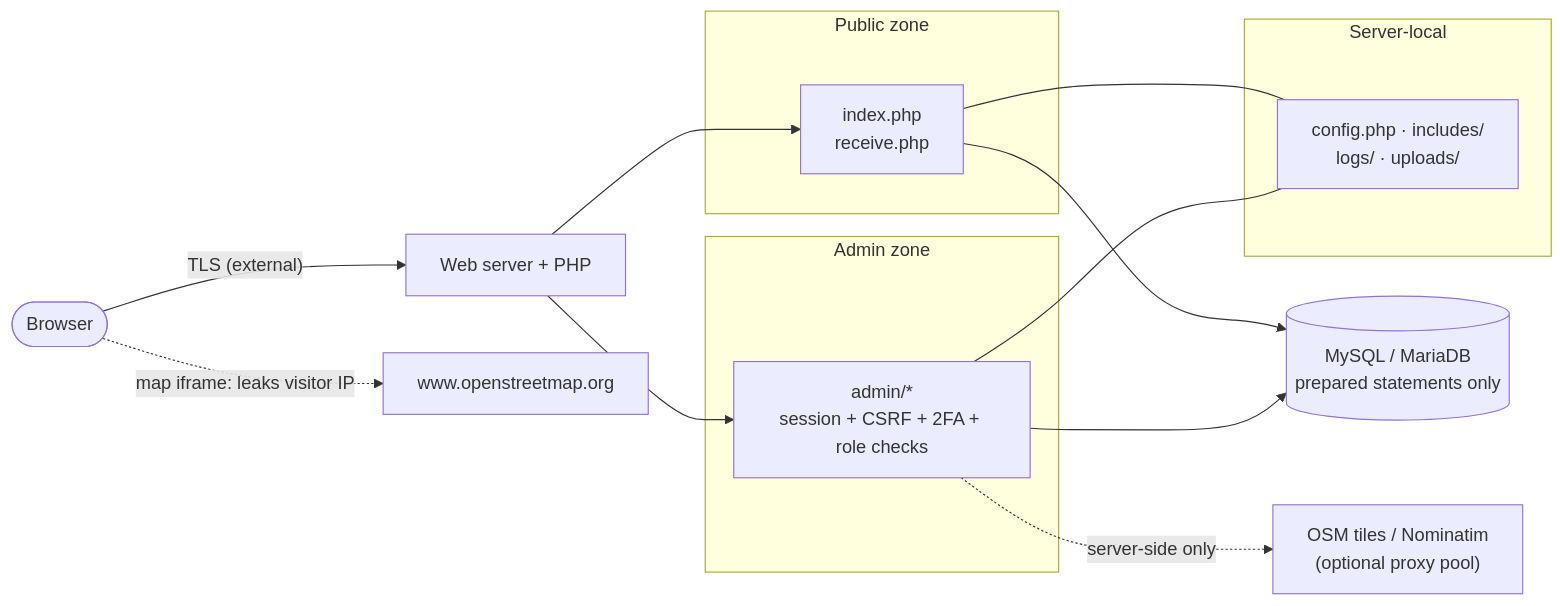
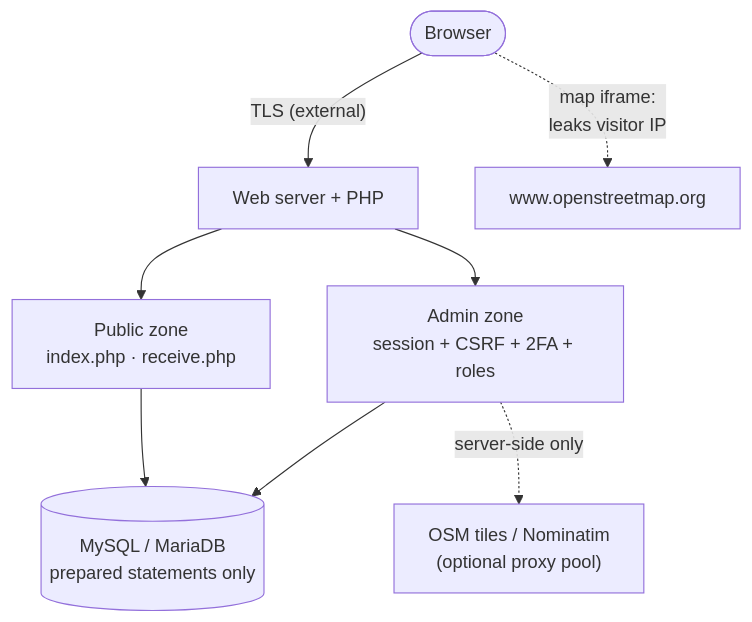
The third of 3 diagrams in README.md (kilerdevs/DeadDropMGMT), drawn with Mermaid before and after one commit. The commit also changed other lines of this file, not shown here.

First line of the commit message:
Make the README diagrams narrower so GitHub's zoom controls do not cover them

````diff
--- a/README.md
+++ b/README.md
@@ -494,23 +491,10 @@
 ```mermaid
-flowchart LR
+flowchart TB
     B(["Browser"]) -- "TLS (external)" --> W["Web server + PHP"]
-
-    subgraph PUB["Public zone"]
-        I["index.php<br/>receive.php"]
-    end
-    subgraph ADM["Admin zone"]
-        AD["admin/*<br/>session + CSRF + 2FA + role checks"]
-    end
-    subgraph LOC["Server-local"]
-        F["config.php · includes/<br/>logs/ · uploads/"]
-    end
-
-    W --> I
-    W --> AD
+    W --> I["Public zone<br/>index.php · receive.php"]
+    W --> AD["Admin zone<br/>session + CSRF + 2FA + roles"]
     I --> DB[("MySQL / MariaDB<br/>prepared statements only")]
     AD --> DB
-    I --- F
-    AD --- F
     AD -. "server-side only" .-> OSM["OSM tiles / Nominatim<br/>(optional proxy pool)"]
-    B -. "map iframe: leaks visitor IP" .-> OSM2["www.openstreetmap.org"]
+    B -. "map iframe:<br/>leaks visitor IP" .-> EMB["www.openstreetmap.org"]
 ```
````
